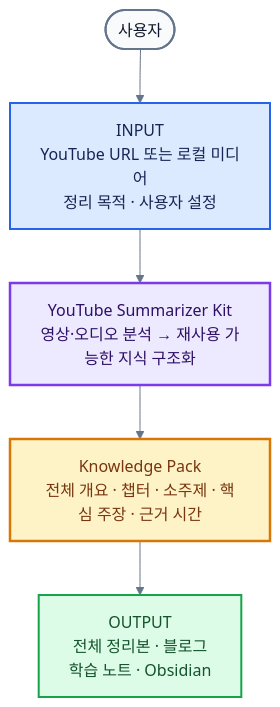
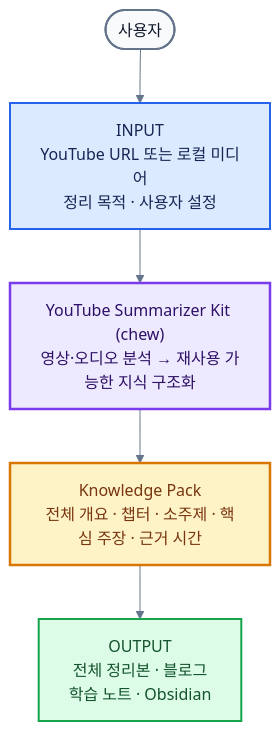
Before and after one commit to SHcommit/youtube-summerizer-kit: the diagram in assets/architecture/ko/user-flow.mmd, drawn with Mermaid. The commit also changed 7 other files, not shown here.

Commit message:
docs: update Mermaid architecture diagrams with chew CLI and Antigravity harness

```diff
--- a/assets/architecture/ko/user-flow.mmd
+++ b/assets/architecture/ko/user-flow.mmd
@@ -1,20 +1,20 @@
 %%{init: {"theme":"base","themeVariables":{"fontFamily":"Arial, Apple SD Gothic Neo, Noto Sans KR, sans-serif","primaryTextColor":"#172554","lineColor":"#64748b"},"flowchart":{"curve":"basis","nodeSpacing":44,"rankSpacing":54}}}%%
 flowchart TB
     USER([사용자])
     INPUT["INPUT<br/>YouTube URL 또는 로컬 미디어<br/>정리 목적 · 사용자 설정"]
-    KIT["YouTube Summarizer Kit<br/>영상·오디오 분석 → 재사용 가능한 지식 구조화"]
+    KIT["YouTube Summarizer Kit (chew)<br/>영상·오디오 분석 → 재사용 가능한 지식 구조화"]
     PACK["Knowledge Pack<br/>전체 개요 · 챕터 · 소주제 · 핵심 주장 · 근거 시간"]
     OUTPUT["OUTPUT<br/>전체 정리본 · 블로그<br/>학습 노트 · Obsidian"]
 
     USER --> INPUT --> KIT --> PACK --> OUTPUT
 
     classDef actor fill:#f8fafc,stroke:#64748b,stroke-width:2px,color:#0f172a;
     classDef input fill:#dbeafe,stroke:#2563eb,stroke-width:2px,color:#172554;
     classDef core fill:#ede9fe,stroke:#7c3aed,stroke-width:2.5px,color:#2e1065;
     classDef knowledge fill:#fef3c7,stroke:#d97706,stroke-width:2.5px,color:#78350f;
     classDef output fill:#dcfce7,stroke:#16a34a,stroke-width:2px,color:#14532d;
     class USER actor;
     class INPUT input;
     class KIT core;
     class PACK knowledge;
     class OUTPUT output;
```
